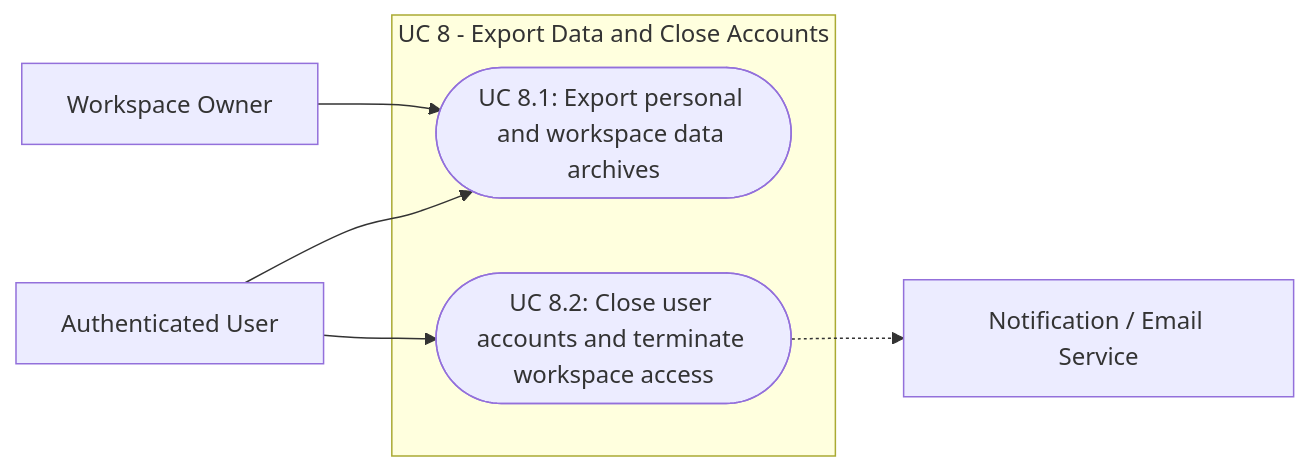
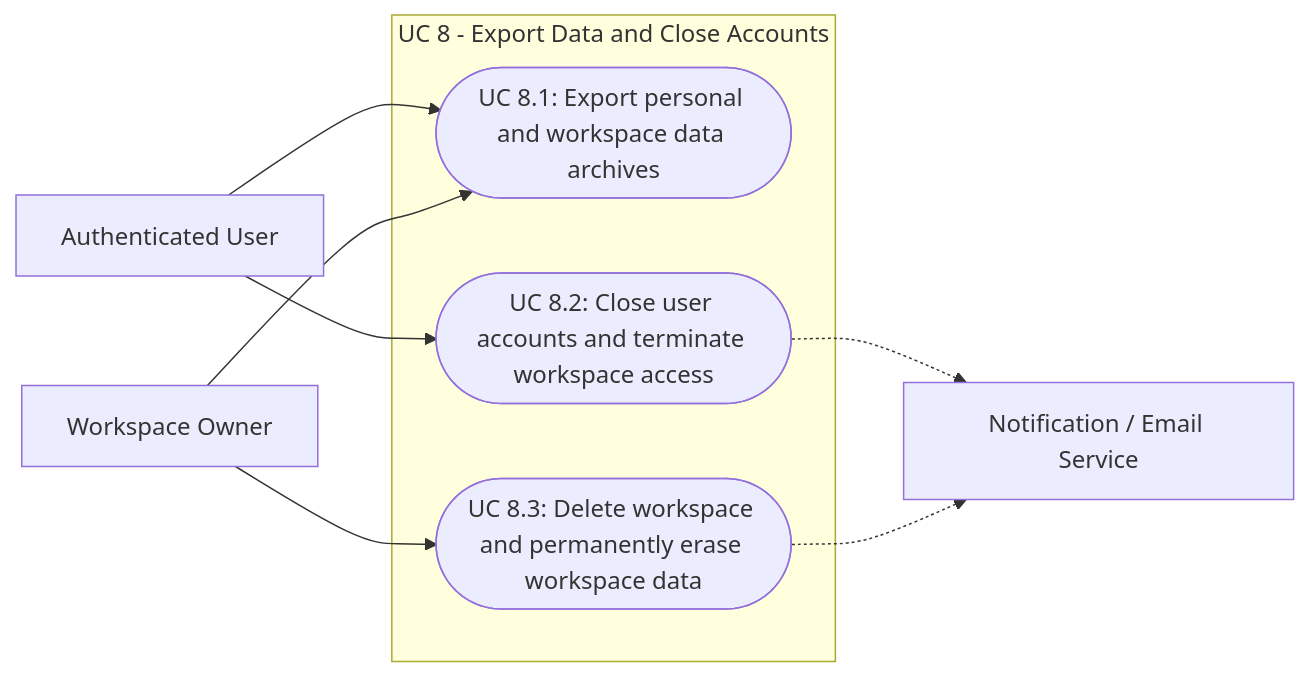
One commit to pauloribeiro16/aegis-mvp changed the ninth of 9 diagrams in cases/Case_01_TinyTask_SaaS/03_PHASE3_SPEC/Doc02_System_Use_Cases.md. Above: the diagram before and after it, drawn with Mermaid. The commit also changed other lines of this file and 6 other files, not shown here.

````diff
--- a/cases/Case_01_TinyTask_SaaS/03_PHASE3_SPEC/Doc02_System_Use_Cases.md
+++ b/cases/Case_01_TinyTask_SaaS/03_PHASE3_SPEC/Doc02_System_Use_Cases.md
@@ -828,16 +832,19 @@
 ```mermaid
 flowchart LR
     User["Authenticated User"]
     Owner["Workspace Owner"]
     Email["Notification / Email Service"]
 
     subgraph UC8_Cluster ["UC 8 - Export Data and Close Accounts"]
         UC8_1(["UC 8.1: Export personal and workspace data archives"])
         UC8_2(["UC 8.2: Close user accounts and terminate workspace access"])
+        UC8_3(["UC 8.3: Delete workspace and permanently erase workspace data"])
     end
 
     User --> UC8_1
     User --> UC8_2
     Owner --> UC8_1
+    Owner --> UC8_3
     UC8_2 -.-> Email
+    UC8_3 -.-> Email
 ```
````
